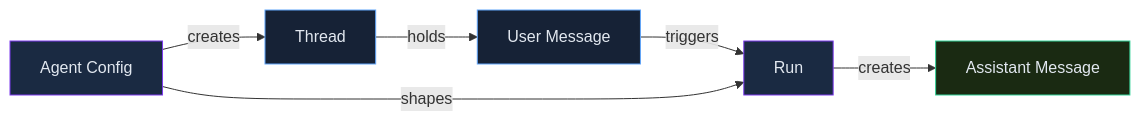
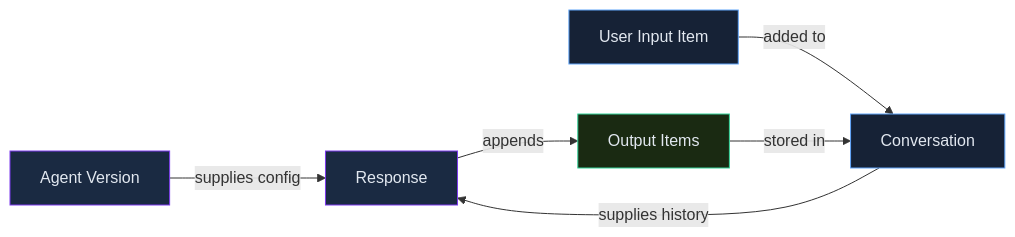
The diagram in content/skillup/azure-ai-foundry/notes/azure-ai-foundry-m2-l1-agent-fundamentals-tools.md (ajeetchouksey/ajch_skillup), drawn with Mermaid before and after one commit. The commit also changed other lines of this file and 157 other files, not shown here.

````diff
--- a/content/skillup/azure-ai-foundry/notes/azure-ai-foundry-m2-l1-agent-fundamentals-tools.md
+++ b/content/skillup/azure-ai-foundry/notes/azure-ai-foundry-m2-l1-agent-fundamentals-tools.md
@@ -34,14 +36,14 @@
 ```mermaid
 flowchart LR
-  AG[Agent Config] -->|creates| TH[Thread]
-  TH -->|holds| U[User Message]
-  U -->|triggers| R[Run]
-  AG -->|shapes| R
-  R -->|creates| RM[Assistant Message]
+  AG[Agent Version] -->|supplies config| R[Response]
+  CV[Conversation] -->|supplies history| R
+  U[User Input Item] -->|added to| CV
+  R -->|appends| OI[Output Items]
+  OI -->|stored in| CV
   classDef control fill:#1a2a42,stroke:#7c3aed,color:#e2e8f0
   classDef data fill:#162236,stroke:#60a5fa,color:#e2e8f0
   classDef output fill:#1a2a12,stroke:#34d399,color:#e2e8f0
   class AG,R control
-  class TH,U data
-  class RM output
+  class CV,U data
+  class OI output
 ```
````
